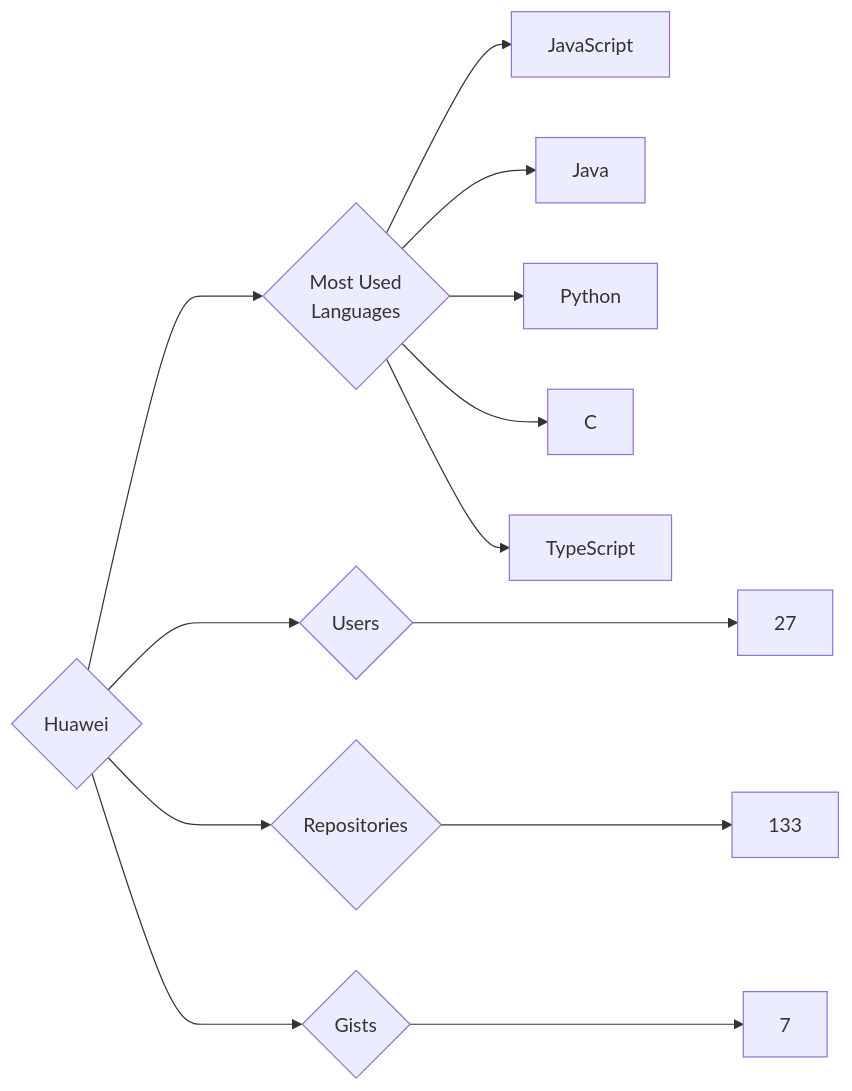
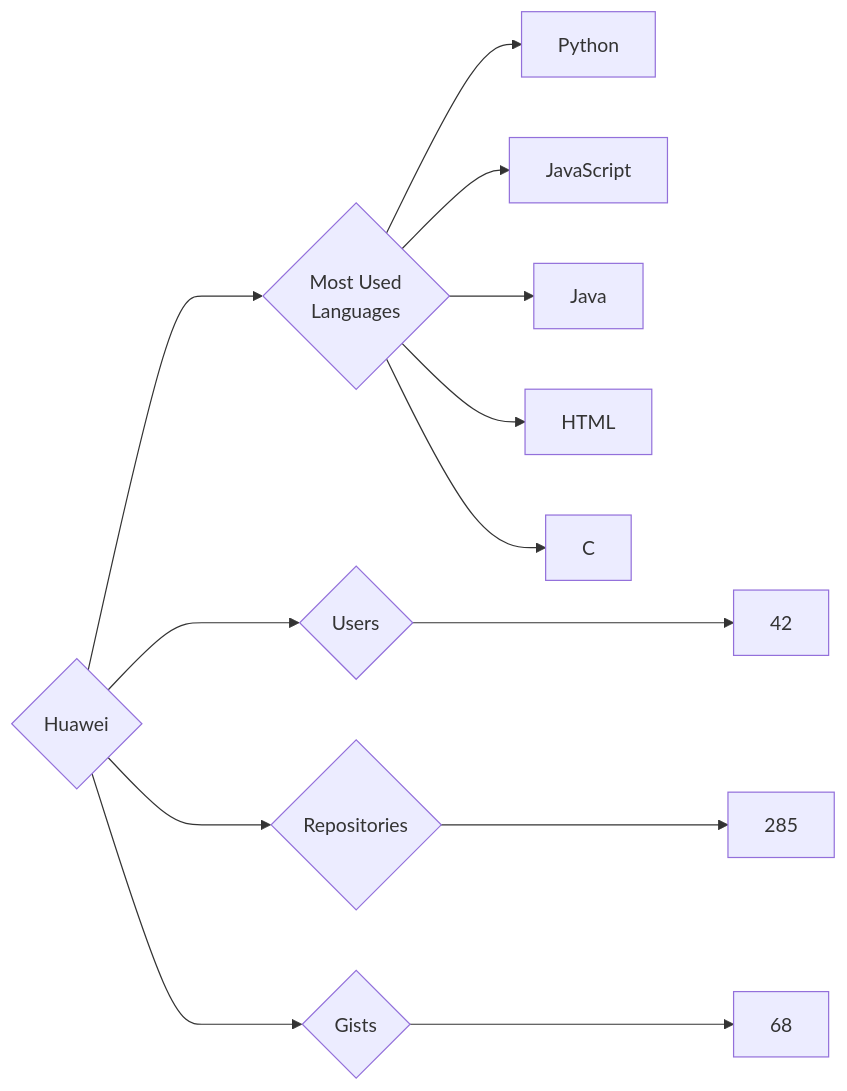
The diagram in targets/Huawei/README.md (trickest/insiders), drawn with Mermaid before and after one commit. The commit also changed 682 other files, not shown here.

````diff
--- a/targets/Huawei/README.md
+++ b/targets/Huawei/README.md
@@ -3,13 +3,13 @@
 ```mermaid
 graph LR
 COMPANY_NAME{Huawei}
-COMPANY_NAME ---> U{Users} ---> UN[27]
-COMPANY_NAME ---> R{Repositories} ---> RN[133]
-COMPANY_NAME ---> G{Gists} ---> GN[7]
+COMPANY_NAME ---> U{Users} ---> UN[42]
+COMPANY_NAME ---> R{Repositories} ---> RN[285]
+COMPANY_NAME ---> G{Gists} ---> GN[68]
 COMPANY_NAME ---> ML{Most Used<br>Languages}
+ML --> Python[Python]
 ML --> JavaScript[JavaScript]
 ML --> Java[Java]
-ML --> Python[Python]
+ML --> HTML[HTML]
 ML --> C[C]
-ML --> TypeScript[TypeScript]
 ```
````
